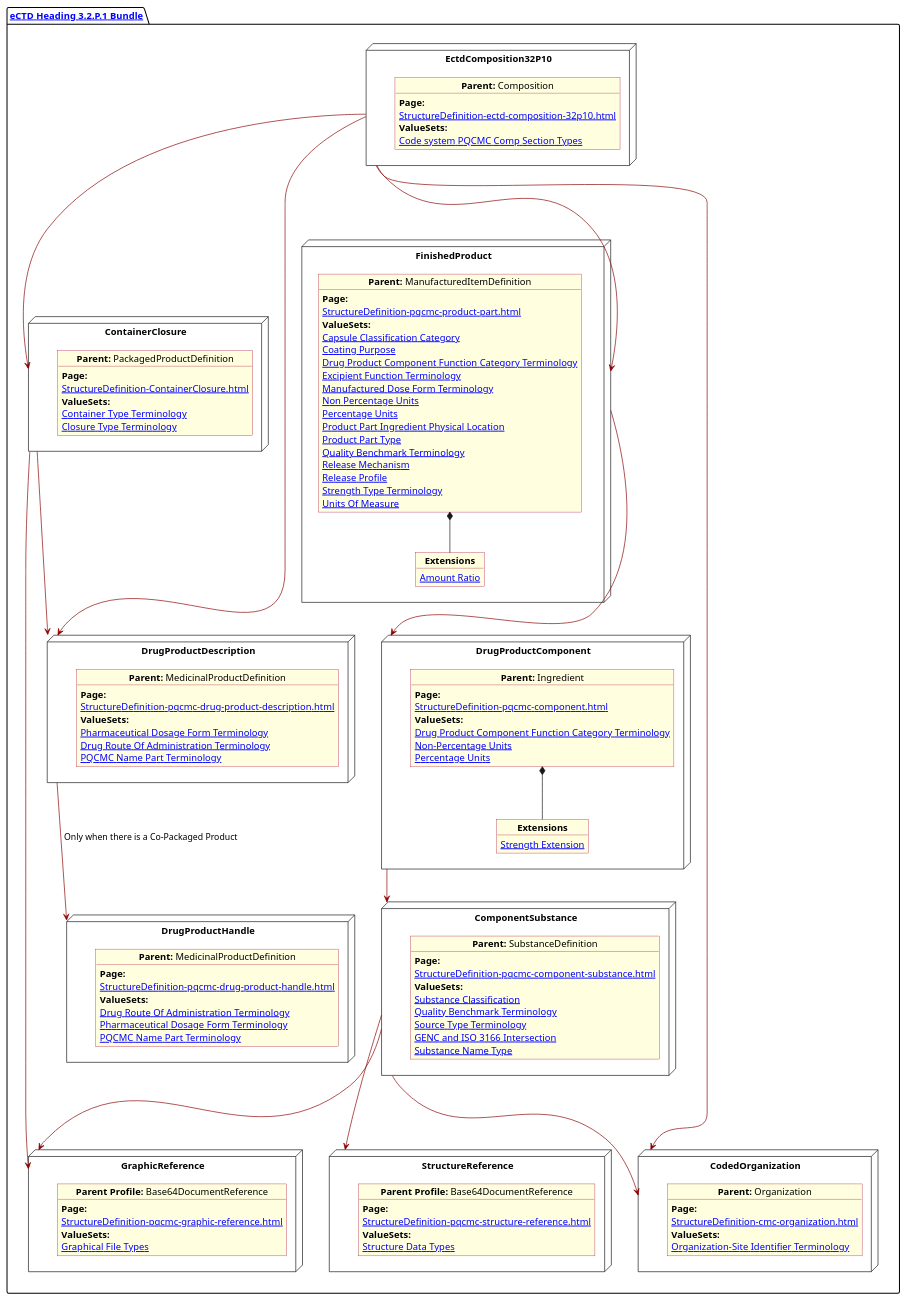
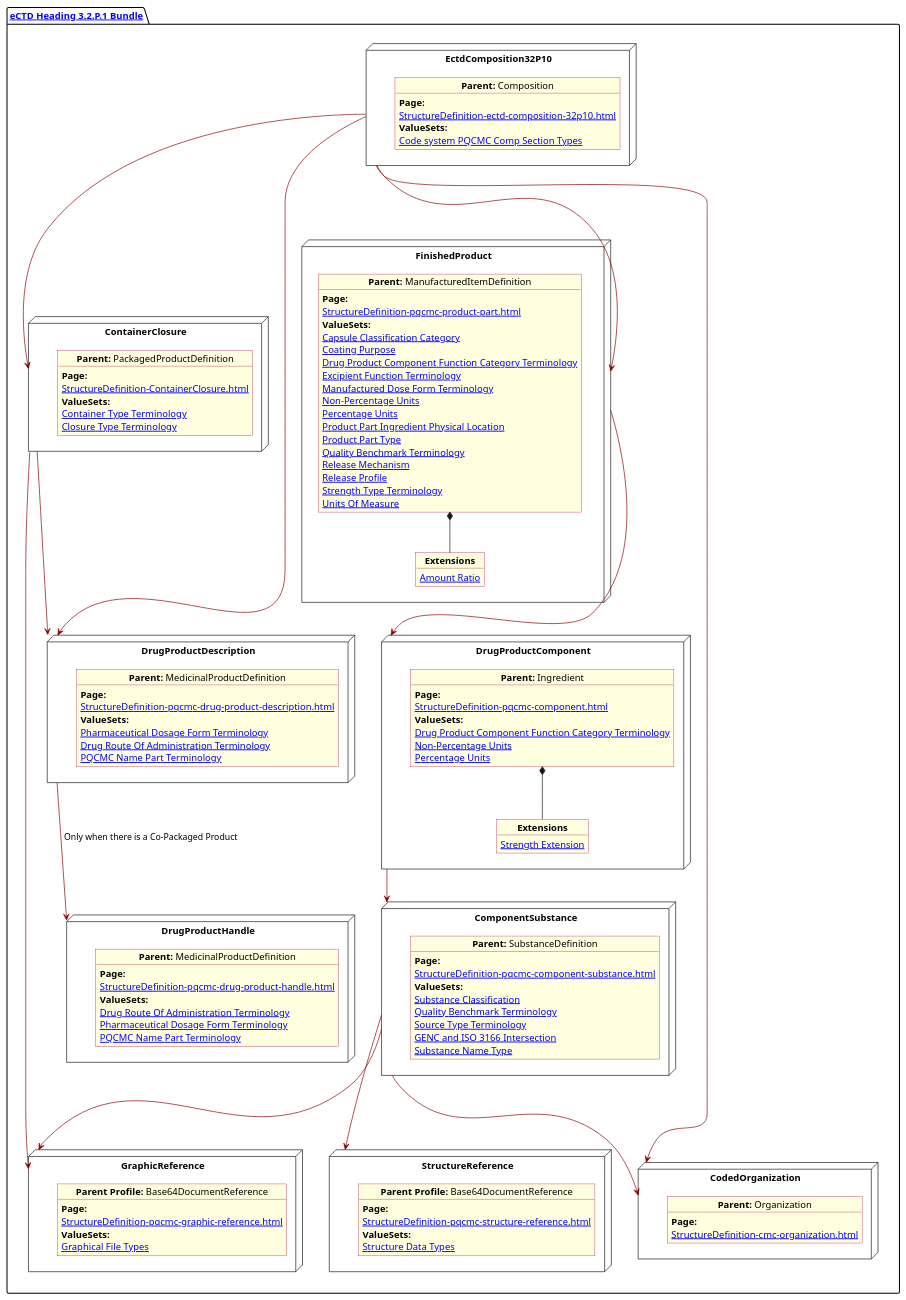
One commit to HL7/FHIR-us-pq-cmc-fda changed the diagram in input/images-source/ProdDesComp.plantuml. Above: the diagram before and after it, drawn with PlantUML. The commit also changed 140 other files, not shown here.

```diff
--- a/input/images-source/ProdDesComp.plantuml
+++ b/input/images-source/ProdDesComp.plantuml
@@ -1,157 +1,155 @@
 @startuml ProdDesComp
 allowmixing
 'Mixed model of use case and object
 skinparam svgDimensionStyle false
 skinparam ObjectBackgroundColor LightYellow
 skinparam ObjectBorderColor #A80036
 skinparam activityDiamondBorderColor #A80036
 skinparam activityDiamondBackgroundColor lawnGreen
 skinparam ClassBorderThickness 4
 
 package "[[StructureDefinition-cmc-ectd-document-32p10.html eCTD Heading 3.2.P.1 Bundle]]" as NODES {
   node "ContainerClosure" as N21 {
 
     object "**Parent:** PackagedProductDefinition" as obj22 {
       **Page:**
       [[StructureDefinition-ContainerClosure.html]]
       **ValueSets:**
       [[ValueSet-pqcmc-container-type-terminology.html Container Type Terminology]]
       [[ValueSet-pqcmc-closure-type-terminology.html Closure Type Terminology]]
     }
   }
 
   node "DrugProductDescription" as N2 {
 
     object "**Parent:** MedicinalProductDefinition" as obj2 {
       **Page:**
       [[StructureDefinition-pqcmc-drug-product-description.html]]
       **ValueSets:**
       [[ValueSet-spl-pharmaceutical-dosage-form-terminology.html Pharmaceutical Dosage Form Terminology]]
       [[ValueSet-spl-drug-route-of-administration-terminology.html Drug Route Of Administration Terminology]]
       [[ValueSet-pqcmc-name-part-terminology.html PQCMC Name Part Terminology]]
     }
   }
 
   node "DrugProductHandle" as N2handle {
 
     object "**Parent:** MedicinalProductDefinition" as objcross {
       **Page:**
       [[StructureDefinition-pqcmc-drug-product-handle.html]]
       **ValueSets:**
       [[ValueSet-spl-drug-route-of-administration-terminology.html Drug Route Of Administration Terminology]]
       [[ValueSet-spl-pharmaceutical-dosage-form-terminology.html Pharmaceutical Dosage Form Terminology]]
       [[ValueSet-pqcmc-name-part-terminology.html PQCMC Name Part Terminology]]
     }
   }
 
   node "FinishedProduct"as MID {
     object "**Parent:** ManufacturedItemDefinition" as objMID {
 
       **Page:**
       [[StructureDefinition-pqcmc-product-part.html]]
       **ValueSets:**
       [[ValueSet-capsule-classification-category.html Capsule Classification Category]]
       [[ValueSet-pqcmc-coating-purpose.html Coating Purpose]]
       [[ValueSet-pqcmc-drug-product-component-function-category-terminology.html Drug Product Component Function Category Terminology]]
       [[ValueSet-pqcmc-excipient-function-terminology.html Excipient Function Terminology]]
       [[ValueSet-pqcmc-manufactured-dose-form-terminology.html Manufactured Dose Form Terminology]]
-      [[ValueSet-pqcmc-non-percentage-units.html Non Percentage Units]]
+      [[ValueSet-pqcmc-non-percentage-units.html Non-Percentage Units]]
       [[ValueSet-pqcmc-percentage-units.html Percentage Units]]
       [[ValueSet-pqcmc-product-part-ingredient-physical-location.html Product Part Ingredient Physical Location]]
       [[ValueSet-pqcmc-product-part-type.html Product Part Type]]
       [[ValueSet-pqcmc-quality-benchmark-terminology.html Quality Benchmark Terminology]]
       [[ValueSet-pqcmc-release-mechanism.html Release Mechanism]]
       [[ValueSet-pqcmc-release-profile.html Release Profile]]
       [[ValueSet-pqcmc-strength-type-terminology.html Strength Type Terminology]]
       [[ValueSet-pqcmc-units-of-measure.html Units Of Measure]]
     }
     object "**Extensions**" as objMIDExs {
       [[StructureDefinition-pq-amount-ratio.html Amount Ratio]]
     }
     objMID *-- objMIDExs
   }
   node "DrugProductComponent" as NN {
 
     object "**Parent:** Ingredient" as obj3 {
       **Page:**
       [[StructureDefinition-pqcmc-component.html]]
       **ValueSets:**
       [[ValueSet-pqcmc-drug-product-component-function-category-terminology.html Drug Product Component Function Category Terminology]]
       [[ValueSet-pqcmc-org-identifier-type-terminology.html Non-Percentage Units]]
       [[ValueSet-pqcmc-percentage-units.html Percentage Units]]
     }
     object "**Extensions**" as objExs {
       [[StructureDefinition-strength-extension.html Strength Extension]]
     }
     obj3 *-- objExs
   }
 
   node "ComponentSubstance" as NCS {
 
     object "**Parent:** SubstanceDefinition" as objSubDef {
       **Page:**
       [[StructureDefinition-pqcmc-component-substance.html]]
       **ValueSets:**
       [[ValueSet-substance-classification.html Substance Classification]]
       [[ValueSet-pqcmc-quality-benchmark-terminology.html Quality Benchmark Terminology]]
       [[ValueSet-pqcmc-source-type-terminology.html Source Type Terminology]]
       [[ValueSet-pqcmc-genc-and-iso-intersect.html GENC and ISO 3166 Intersection]]
       [[ValueSet-pqcmc-substance-name-type.html Substance Name Type]]
     }
   }
 
     node "GraphicReference" as NB64 {
 
     object "**Parent Profile:** Base64DocumentReference"  as obj64 {
       **Page:**
       [[StructureDefinition-pqcmc-graphic-reference.html]]
       **ValueSets:**
       [[ValueSet-pqcmc-graphical-file-types.html Graphical File Types]]
     }
   }
 
   node "StructureReference" as NBstruc {
 
     object "**Parent Profile:** Base64DocumentReference"  as objb64 {
       **Page:**
       [[StructureDefinition-pqcmc-structure-reference.html]]
       **ValueSets:**
       [[ValueSet-pqcmc-structure-data-types.html Structure Data Types]]
     }
   }
   node "CodedOrganization" as NSO {
 
     object "**Parent:** Organization" as objAu {
       **Page:**
       [[StructureDefinition-cmc-organization.html]]
-      **ValueSets:**
-      [[ValueSet-pqcmc-org-identifier-type-terminology.html Organization-Site Identifier Terminology]]
       
     }
   }
 
   node "EctdComposition32P10" as N1 {
 
     object "**Parent:** Composition" as obj1 {
       **Page:**
       [[StructureDefinition-ectd-composition-32p10.html]]
       **ValueSets:**
       [[ValueSet-cmc-comp-section-types-vs.html Code system PQCMC Comp Section Types]]
     }
 
   }
 
   N1 -[#darkred]--> N2
   N1 -[#darkred]--> MID
   N1 -[#darkred]--> NSO
   N1 -[#darkred]--> N21
   N2 -[#darkred]--> N2handle : Only when there is a Co-Packaged Product
   N21 -[#darkred]--> NB64
   N21 -[#darkred]--> N2
   MID -[#darkred]--> NN
   NCS -[#darkred]--> NSO
   NN -[#darkred]--> NCS
   NCS -[#darkred]--> NB64
   NCS -[#darkred]--> NBstruc
 }
 @enduml
```
